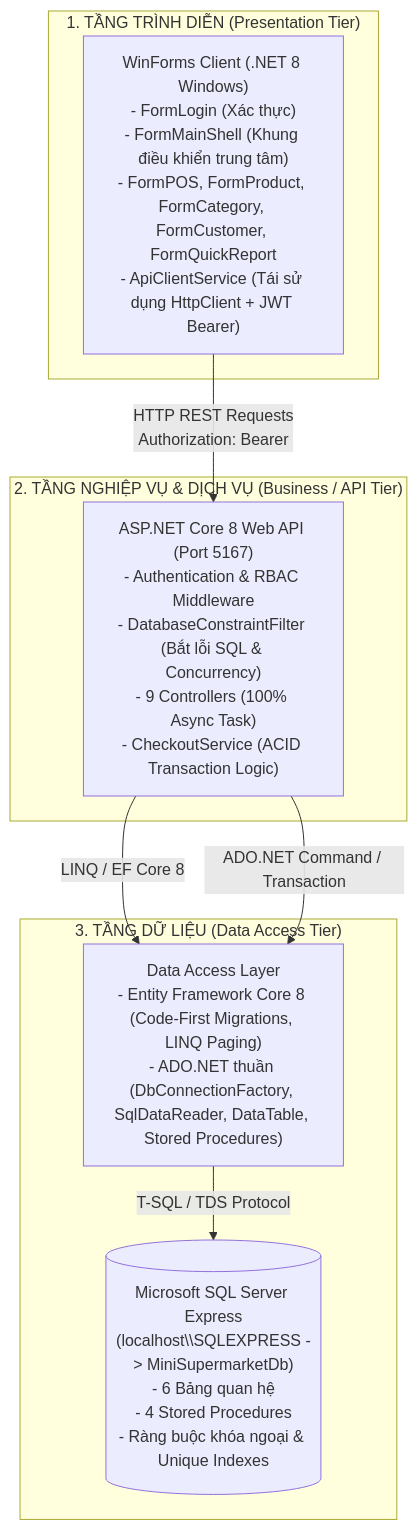
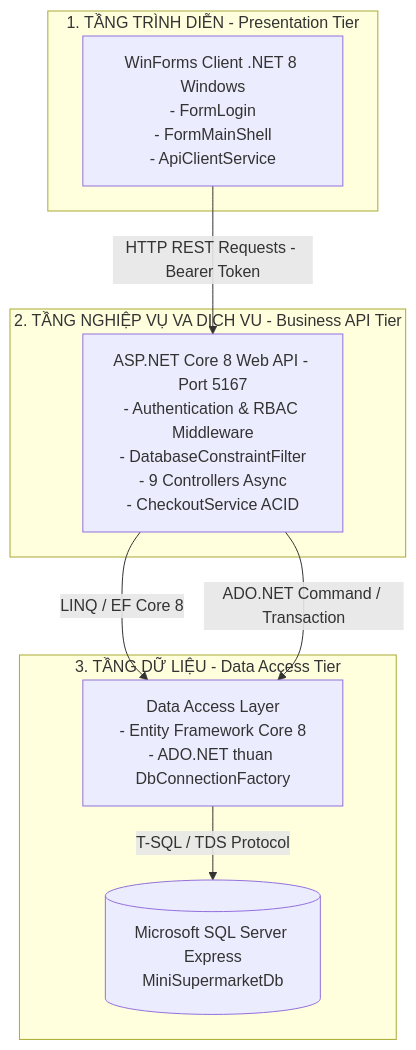
Before and after one commit to Trhung2010/HeThongBanLeThienAn: the first of 3 diagrams in README.md, drawn with Mermaid. The commit also changed other lines of this file, not shown here.

Commit message:
fix(docs): sua loi cu phap Mermaid sequence va ER diagram tren GitHub

````diff
--- a/README.md
+++ b/README.md
@@ -51,20 +51,20 @@
 ```mermaid
 flowchart TD
-    subgraph Presentation_Layer["1. TẦNG TRÌNH DIỄN (Presentation Tier)"]
-        WF["WinForms Client (.NET 8 Windows)\n- FormLogin (Xác thực)\n- FormMainShell (Khung điều khiển trung tâm)\n- FormPOS, FormProduct, FormCategory, FormCustomer, FormQuickReport\n- ApiClientService (Tái sử dụng HttpClient + JWT Bearer)"]
+    subgraph Presentation_Layer["1. TẦNG TRÌNH DIỄN - Presentation Tier"]
+        WF["WinForms Client .NET 8 Windows<br/>- FormLogin<br/>- FormMainShell<br/>- ApiClientService"]
     end
 
-    subgraph Service_Layer["2. TẦNG NGHIỆP VỤ & DỊCH VỤ (Business / API Tier)"]
-        API["ASP.NET Core 8 Web API (Port 5167)\n- Authentication & RBAC Middleware\n- DatabaseConstraintFilter (Bắt lỗi SQL & Concurrency)\n- 9 Controllers (100% Async Task<IActionResult>)\n- CheckoutService (ACID Transaction Logic)"]
+    subgraph Service_Layer["2. TẦNG NGHIỆP VỤ VA DICH VU - Business API Tier"]
+        API["ASP.NET Core 8 Web API - Port 5167<br/>- Authentication & RBAC Middleware<br/>- DatabaseConstraintFilter<br/>- 9 Controllers Async<br/>- CheckoutService ACID"]
     end
 
-    subgraph Data_Layer["3. TẦNG DỮ LIỆU (Data Access Tier)"]
-        ORM["Data Access Layer\n- Entity Framework Core 8 (Code-First Migrations, LINQ Paging)\n- ADO.NET thuần (DbConnectionFactory, SqlDataReader, DataTable, Stored Procedures)"]
-        DB[("Microsoft SQL Server Express\n(localhost\\SQLEXPRESS -> MiniSupermarketDb)\n- 6 Bảng quan hệ\n- 4 Stored Procedures\n- Ràng buộc khóa ngoại & Unique Indexes")]
+    subgraph Data_Layer["3. TẦNG DỮ LIỆU - Data Access Tier"]
+        ORM["Data Access Layer<br/>- Entity Framework Core 8<br/>- ADO.NET thuan DbConnectionFactory"]
+        DB[("Microsoft SQL Server Express<br/>MiniSupermarketDb")]
     end
 
-    WF -- "HTTP REST Requests\nAuthorization: Bearer <JWT>" --> API
-    API -- "LINQ / EF Core 8" --> ORM
-    API -- "ADO.NET Command / Transaction" --> ORM
-    ORM -- "T-SQL / TDS Protocol" --> DB
+    WF -->|HTTP REST Requests - Bearer Token| API
+    API -->|LINQ / EF Core 8| ORM
+    API -->|ADO.NET Command / Transaction| ORM
+    ORM -->|T-SQL / TDS Protocol| DB
 ```
````
